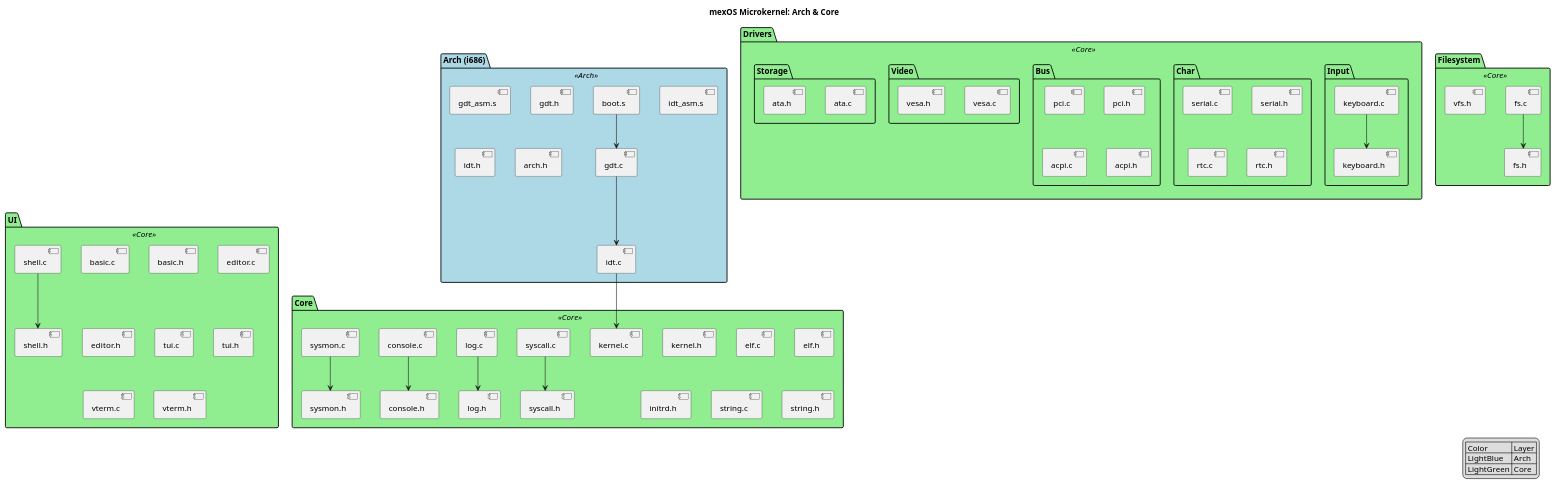
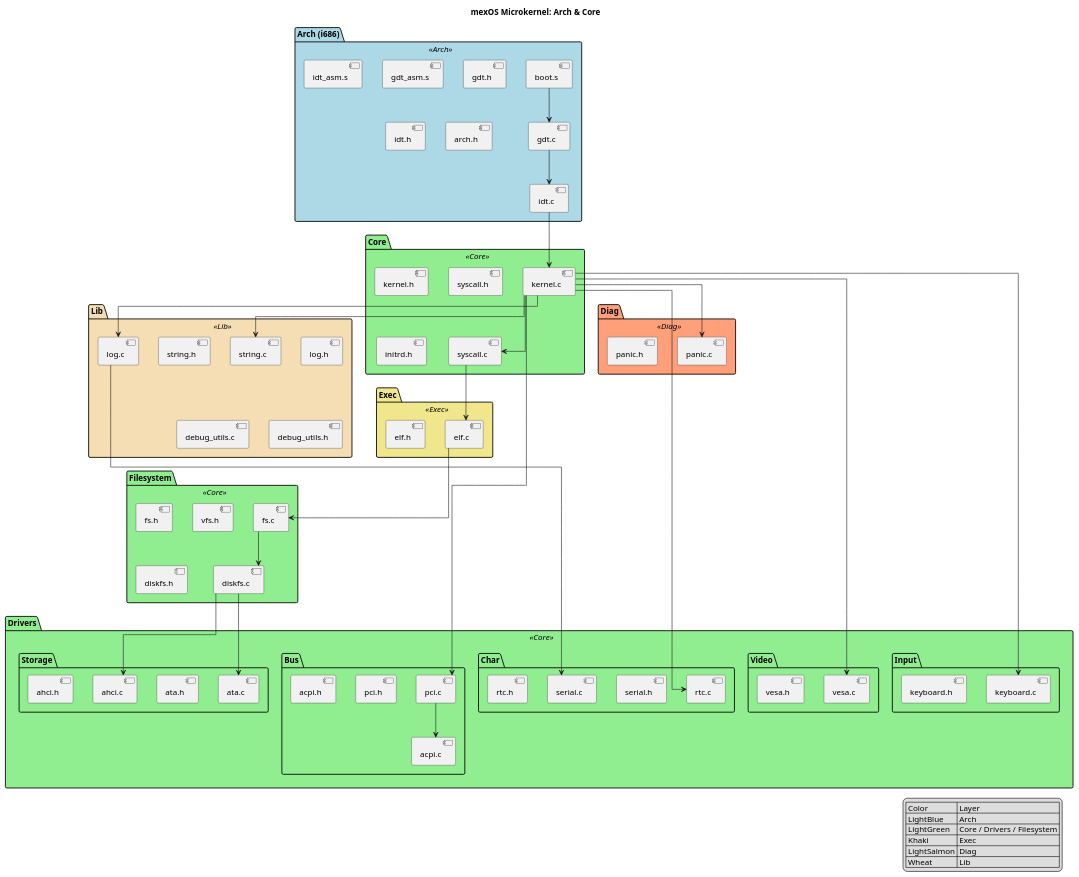
One commit to mendax0110/mexOS changed the diagram in docs/UML/arch_core.puml. Above: the diagram before and after it, drawn with PlantUML. The commit also changed 50 other files, not shown here.

```diff
--- a/docs/UML/arch_core.puml
+++ b/docs/UML/arch_core.puml
@@ -1,132 +1,150 @@
 @startuml ArchCore
 title mexOS Microkernel: Arch & Core
 
 skinparam linetype ortho
 skinparam package {
     BackgroundColor<<Arch>> LightBlue
     BackgroundColor<<Core>> LightGreen
+    BackgroundColor<<Diag>> LightSalmon
+    BackgroundColor<<Exec>> Khaki
+    BackgroundColor<<Lib>> Wheat
     BorderColor Black
     Shadowing false
 }
 
 ' =========================
 ' ARCH (i686)
 ' =========================
 package "Arch (i686)" <<Arch>> {
     [boot.s]
     [gdt_asm.s]
     [gdt.c]
     [gdt.h]
     [idt_asm.s]
     [idt.c]
     [idt.h]
     [arch.h]
 }
 
 ' =========================
-' CORE SYSTEM
+' CORE (kernel/user boundary + bootstrap only)
 ' =========================
 package "Core" <<Core>> {
     [kernel.c]
     [kernel.h]
-    [elf.c]
-    [elf.h]
-    [initrd.h]
-
     [syscall.c]
     [syscall.h]
-
-    [log.c]
-    [log.h]
-
-    [string.c]
-    [string.h]
-
-    [console.c]
-    [console.h]
-
-    [sysmon.c]
-    [sysmon.h]
+    [initrd.h]
 }
 
 ' =========================
-' UI + TUI
+' EXEC (program loading)
 ' =========================
-package "UI" <<Core>> {
-    [basic.c]
-    [basic.h]
-    [shell.c]
-    [shell.h]
-    [editor.c]
-    [editor.h]
-    [tui.c]
-    [tui.h]
-    [vterm.c]
-    [vterm.h]
+package "Exec" <<Exec>> {
+    [elf.c]
+    [elf.h]
 }
 
 ' =========================
-' DRIVER LAYER (Core)
+' DIAG (diagnostics / fault handling)
+' =========================
+package "Diag" <<Diag>> {
+    [panic.c]
+    [panic.h]
+}
+
+' =========================
+' LIB (freestanding utilities)
+' =========================
+package "Lib" <<Lib>> {
+    [string.c]
+    [string.h]
+    [log.c]
+    [log.h]
+    [debug_utils.c]
+    [debug_utils.h]
+}
+
+' =========================
+' DRIVER LAYER
 ' =========================
 package "Drivers" <<Core>> {
 
     package "Input" {
         [keyboard.c]
         [keyboard.h]
     }
 
     package "Char" {
         [serial.c]
         [serial.h]
         [rtc.c]
         [rtc.h]
     }
 
     package "Bus" {
         [pci.c]
         [pci.h]
         [acpi.c]
         [acpi.h]
     }
 
     package "Video" {
         [vesa.c]
         [vesa.h]
     }
 
     package "Storage" {
         [ata.c]
         [ata.h]
+        [ahci.c]
+        [ahci.h]
     }
 }
 
 ' =========================
 ' FS
 ' =========================
 package "Filesystem" <<Core>> {
     [fs.c]
     [fs.h]
     [vfs.h]
+    [diskfs.c]
+    [diskfs.h]
 }
 
 ' Dependencies
 [boot.s] --> [gdt.c]
 [gdt.c] --> [idt.c]
 [idt.c] --> [kernel.c]
 
-[console.c] --> [console.h]
-[fs.c] --> [fs.h]
-[keyboard.c] --> [keyboard.h]
-[log.c] --> [log.h]
-[shell.c] --> [shell.h]
-[syscall.c] --> [syscall.h]
-[sysmon.c] --> [sysmon.h]
+[kernel.c] --> [syscall.c]
+[syscall.c] --> [elf.c]
+[kernel.c] --> [panic.c]
+
+[elf.c] --> [fs.c]
+[fs.c] --> [diskfs.c]
+[diskfs.c] --> [ata.c]
+[diskfs.c] --> [ahci.c]
+
+[kernel.c] --> [log.c]
+[kernel.c] --> [string.c]
+[log.c] --> [serial.c]
+
+[kernel.c] --> [keyboard.c]
+[kernel.c] --> [vesa.c]
+[kernel.c] --> [rtc.c]
+[kernel.c] --> [pci.c]
+[pci.c] --> [acpi.c]
 
 ' Legend
 legend right
 | Color | Layer |
 | LightBlue | Arch |
-| LightGreen | Core |
+| LightGreen | Core / Drivers / Filesystem |
+| Khaki | Exec |
+| LightSalmon | Diag |
+| Wheat | Lib |
 endlegend
 
 @enduml
```
